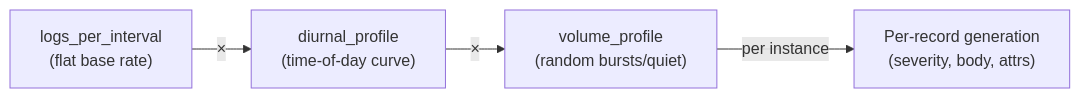
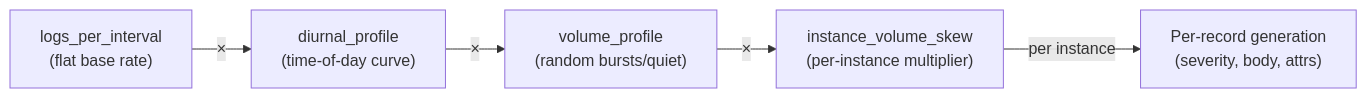
One commit to alexsapran/metricsgenreceiver changed the first of 2 diagrams in docs/log-tuning-guide.md. Above: the diagram before and after it, drawn with Mermaid. The commit also changed other lines of this file and 3 other files, not shown here.

First line of the commit message:
Add instance_volume_skew for per-instance log volume variation

````diff
--- a/docs/log-tuning-guide.md
+++ b/docs/log-tuning-guide.md
@@ -10,9 +10,10 @@
 ```mermaid
 flowchart LR
     Base["logs_per_interval<br/>(flat base rate)"]
     Diurnal["diurnal_profile<br/>(time-of-day curve)"]
     Volume["volume_profile<br/>(random bursts/quiet)"]
+    Skew["instance_volume_skew<br/>(per-instance multiplier)"]
     Record["Per-record generation<br/>(severity, body, attrs)"]
 
-    Base -->|"×"| Diurnal -->|"×"| Volume -->|"per instance"| Record
+    Base -->|"×"| Diurnal -->|"×"| Volume -->|"×"| Skew -->|"per instance"| Record
 ```
````
